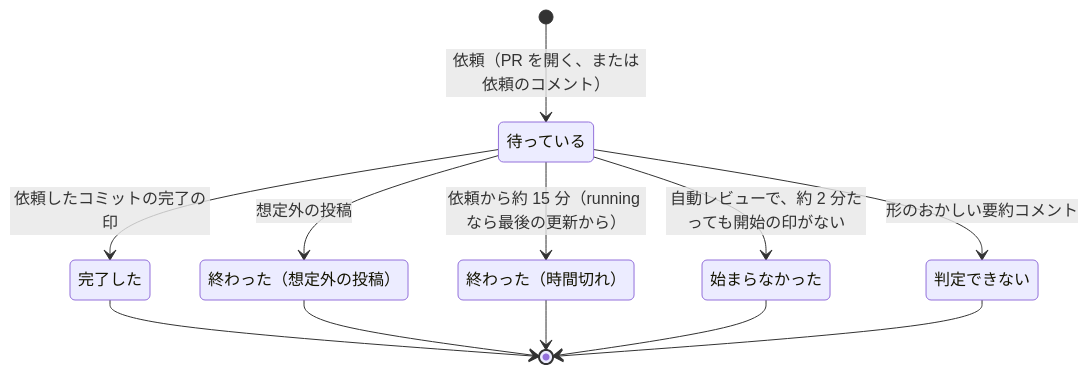
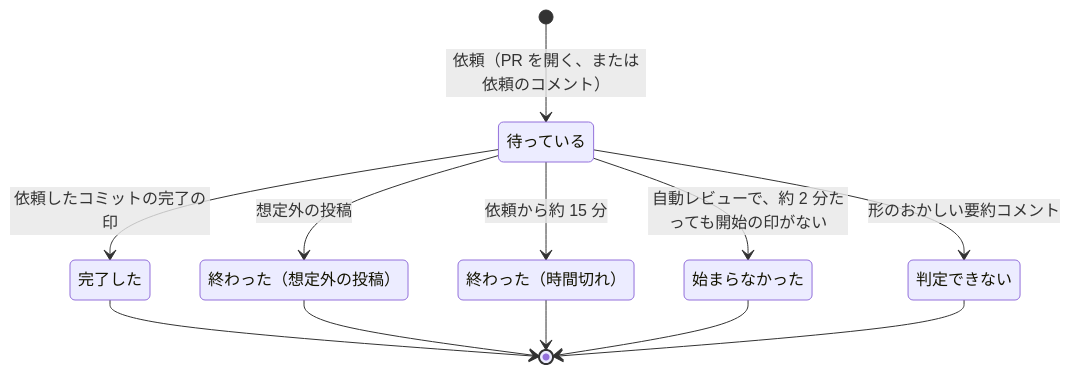
Before and after one commit to isseis/yt2column: the second of 7 diagrams in docs/tasks/0031_codex_pr_review/02_architecture.md, drawn with Mermaid. The commit also changed other lines of this file, not shown here.

Commit message:
fix: address PR #442 review comments

````diff
--- a/docs/tasks/0031_codex_pr_review/02_architecture.md
+++ b/docs/tasks/0031_codex_pr_review/02_architecture.md
@@ -136,21 +136,21 @@
 ```mermaid
 stateDiagram-v2
     state "待っている" as Waiting
     state "完了した" as Completed
     state "終わった（想定外の投稿）" as EndedUnexpected
     state "終わった（時間切れ）" as EndedTimeout
     state "始まらなかった" as NotStarted
     state "判定できない" as Indeterminate
 
     [*] --> Waiting : 依頼（PR を開く、または依頼のコメント）
     Waiting --> Completed : 依頼したコミットの完了の印
     Waiting --> EndedUnexpected : 想定外の投稿
-    Waiting --> EndedTimeout : 依頼から約 15 分（running なら最後の更新から）
+    Waiting --> EndedTimeout : 依頼から約 15 分
     Waiting --> NotStarted : 自動レビューで、約 2 分たっても開始の印がない
     Waiting --> Indeterminate : 形のおかしい要約コメント
     Completed --> [*]
     EndedUnexpected --> [*]
     EndedTimeout --> [*]
     NotStarted --> [*]
     Indeterminate --> [*]
 ```
````
